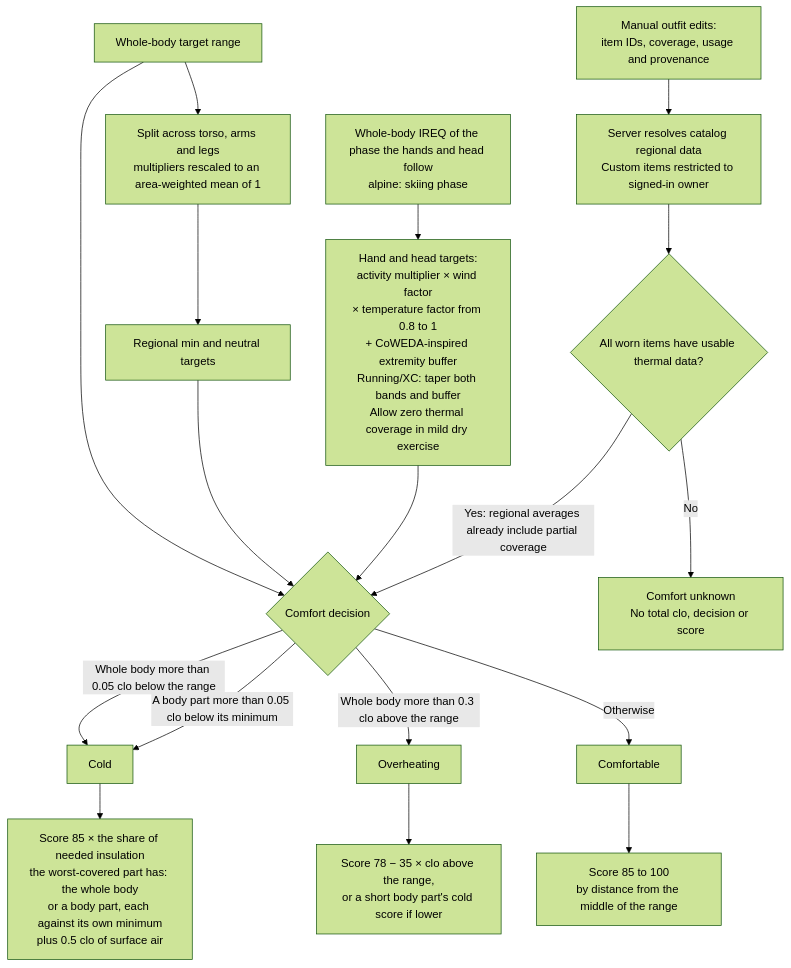
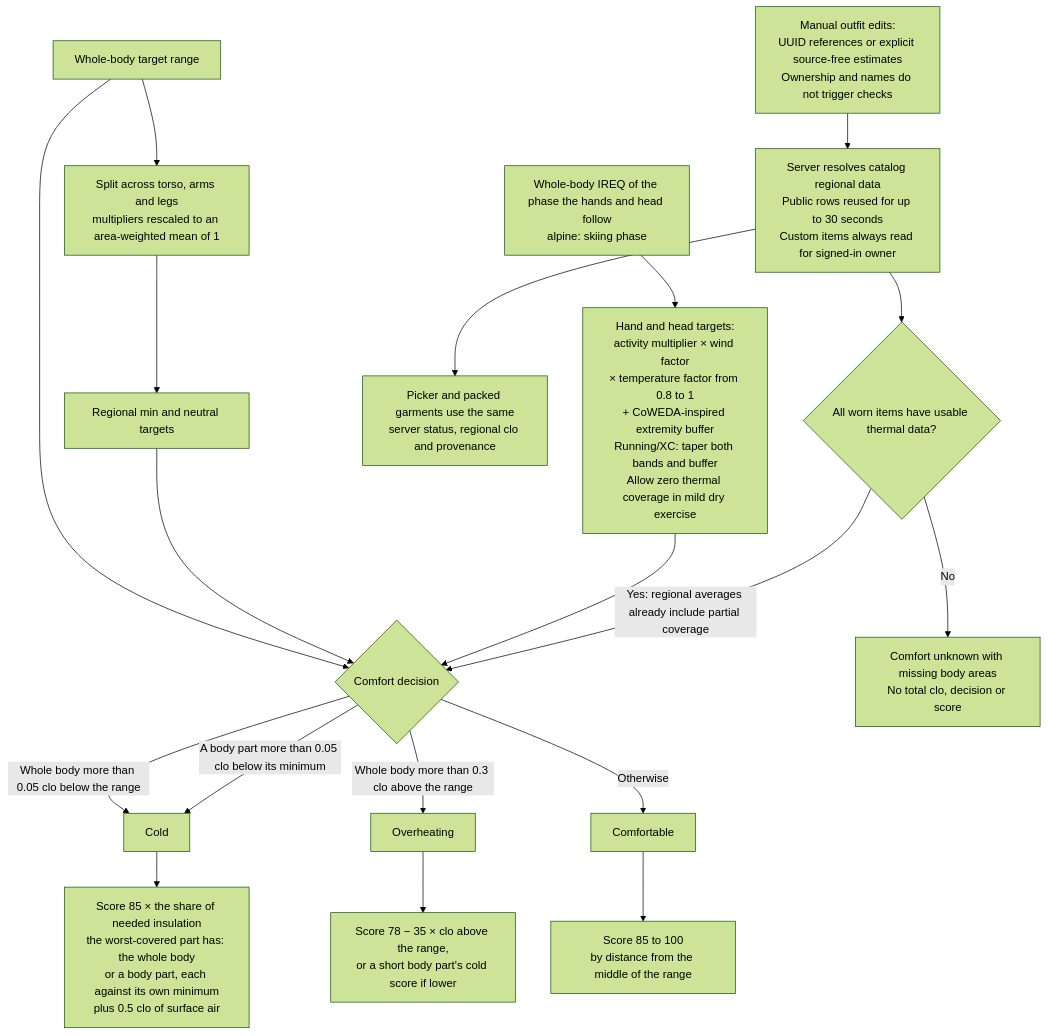
Before and after one commit to derobertsw/swttr: the seventh of 7 diagrams in README.md, drawn with Mermaid (forest theme). The commit also changed 25 other files, not shown here.

````diff
--- a/README.md
+++ b/README.md
@@ -302,22 +302,23 @@
 ```mermaid
 graph TD
     RANGE[Whole-body target range] --> SPLIT[Split across torso, arms and legs<br/>multipliers rescaled to an area-weighted mean of 1]
     SPLIT --> REG[Regional min and neutral targets]
     PIREQ[Whole-body IREQ of the phase the hands and head follow<br/>alpine: skiing phase] --> EXT[Hand and head targets:<br/>activity multiplier × wind factor<br/>× temperature factor from 0.8 to 1<br/>+ CoWEDA-inspired extremity buffer<br/>Running/XC: taper both bands and buffer<br/>Allow zero thermal coverage in mild dry exercise]
 
     RANGE --> DEC{Comfort decision}
     REG --> DEC
     EXT --> DEC
-    EDIT[Manual outfit edits:<br/>item IDs, coverage, usage and provenance] --> LOOKUP[Server resolves catalog regional data<br/>Custom items restricted to signed-in owner]
+    EDIT[Manual outfit edits:<br/>UUID references or explicit source-free estimates<br/>Ownership and names do not trigger checks] --> LOOKUP[Server resolves catalog regional data<br/>Public rows reused for up to 30 seconds<br/>Custom items always read for signed-in owner]
+    LOOKUP --> PICKER[Picker and packed garments use the same<br/>server status, regional clo and provenance]
     LOOKUP --> KNOWN{All worn items have usable thermal data?}
     KNOWN -->|Yes: regional averages already include partial coverage| DEC
-    KNOWN -->|No| UNKNOWN[Comfort unknown<br/>No total clo, decision or score]
+    KNOWN -->|No| UNKNOWN[Comfort unknown with missing body areas<br/>No total clo, decision or score]
     DEC -->|Whole body more than 0.05 clo below the range| COLD[Cold]
     DEC -->|Whole body more than 0.3 clo above the range| HOT[Overheating]
     DEC -->|A body part more than 0.05 clo below its minimum| COLD
     DEC -->|Otherwise| OK[Comfortable]
 
     OK --> S1[Score 85 to 100<br/>by distance from the middle of the range]
     COLD --> S2[Score 85 × the share of needed insulation<br/>the worst-covered part has: the whole body<br/>or a body part, each against its own minimum<br/>plus 0.5 clo of surface air]
     HOT --> S3[Score 78 − 35 × clo above the range,<br/>or a short body part's cold score if lower]
 ```
````
